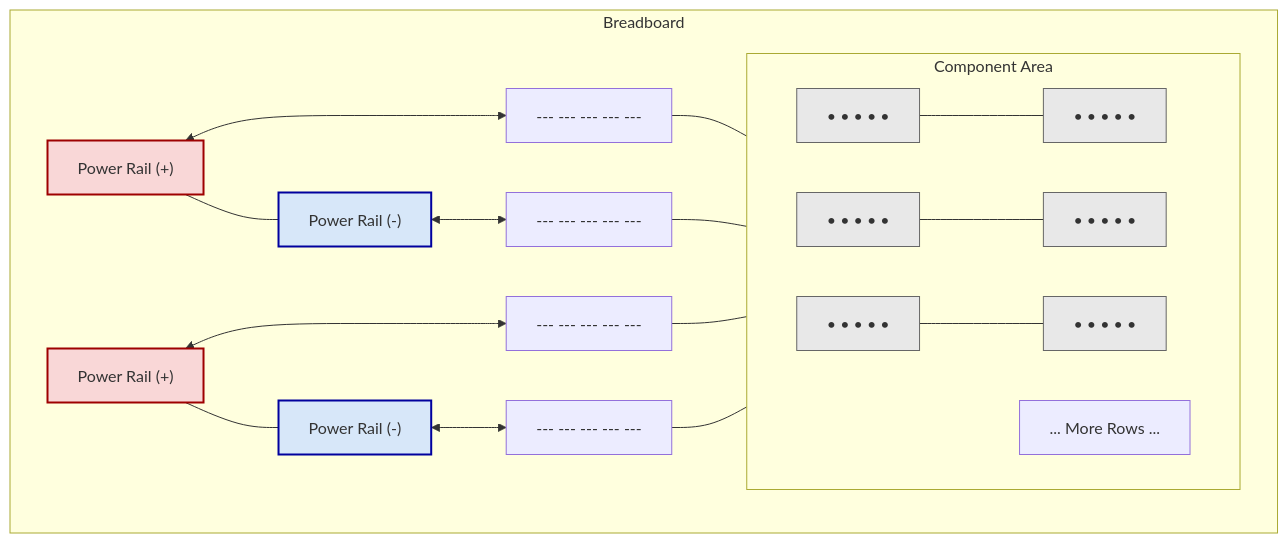
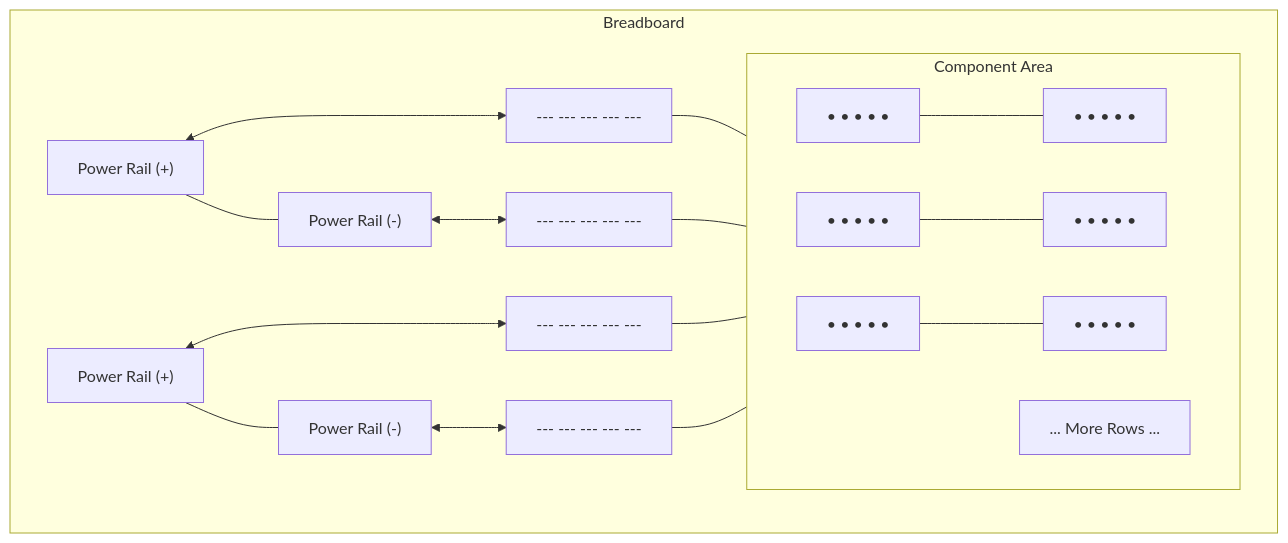
One commit to teatang/t-blog changed the first of 2 diagrams in source/_posts/2024/2024-06-06_面包板与杜邦线详解.md. Above: the diagram before and after it, drawn with Mermaid. The commit also changed other lines of this file and 24 other files, not shown here.

```diff
--- a/source/_posts/2024/2024-06-06_面包板与杜邦线详解.md
+++ b/source/_posts/2024/2024-06-06_面包板与杜邦线详解.md
@@ -47,38 +47,24 @@
 {% mermaid %}
 graph TD
     subgraph Breadboard
         direction LR
         P1["Power Rail (+)"] --- P2["Power Rail (-)"]
         P3["Power Rail (+)"] --- P4["Power Rail (-)"]
       
         P1 <--> C1[--- --- --- --- ---]
         P2 <--> C2[--- --- --- --- ---]
         P3 <--> C3[--- --- --- --- ---]
         P4 <--> C4[--- --- --- --- ---]
 
         subgraph Component Area
             direction LR
             R1A[• • • • •] --- R1B[• • • • •]
             R2A[• • • • •] --- R2B[• • • • •]
             R3A[• • • • •] --- R3B[• • • • •]
             T[... More Rows ...]
         end
       
         C1 --- R1A; C2 --- R1B;
-        C3 --- R2A; C4 --- R2B;
-      
-        style P1 fill:#F9D7D7,stroke:#9E0000,stroke-width:2px;
-        style P2 fill:#D7E7F9,stroke:#00009E,stroke-width:2px;
-        style P3 fill:#F9D7D7,stroke:#9E0000,stroke-width:2px;
-        style P4 fill:#D7E7F9,stroke:#00009E,stroke-width:2px;
-        style R1A fill:#E8E8E8,stroke:#666,stroke-width:1px;
-        style R1B fill:#E8E8E8,stroke:#666,stroke-width:1px;
-        style R2A fill:#E8E8E8,stroke:#666,stroke-width:1px;
-        style R2B fill:#E8E8E8,stroke:#666,stroke-width:1px;
-        style R3A fill:#E8E8E8,stroke:#666,stroke-width:1px;
-        style R3B fill:#E8E8E8,stroke:#666,stroke-width:1px;      
+        C3 --- R2A; C4 --- R2B;   
     end
-
-    classDef power_rail fill:#FFCCCC,stroke:#FF0000,stroke-width:2px;
-    classDef signal_strip fill:#CCFFCC,stroke:#00AA00,stroke-width:1px;
 {% endmermaid %}
```
